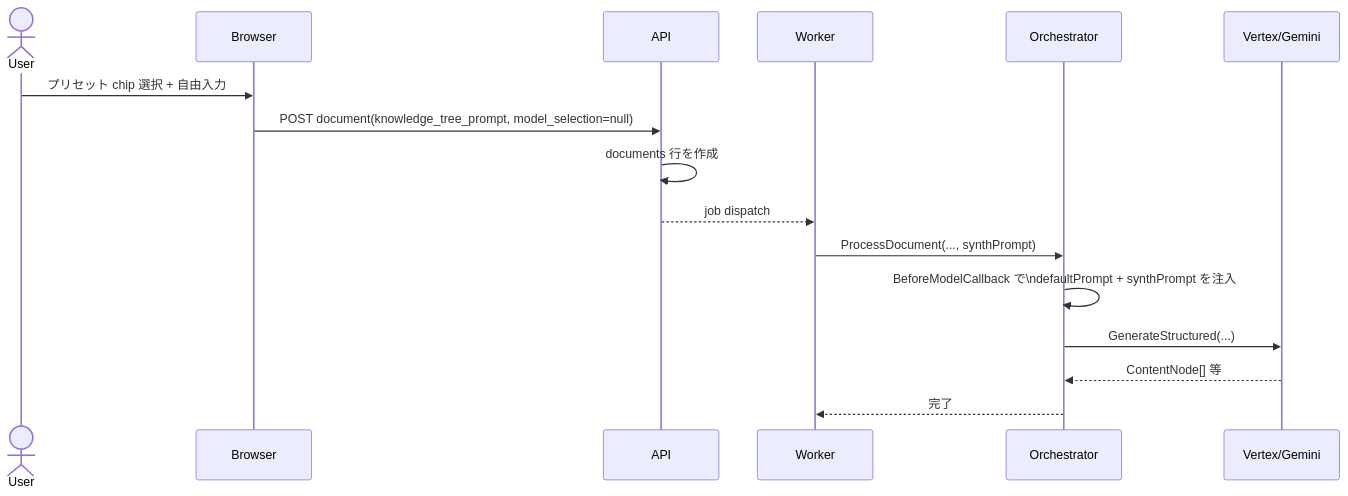
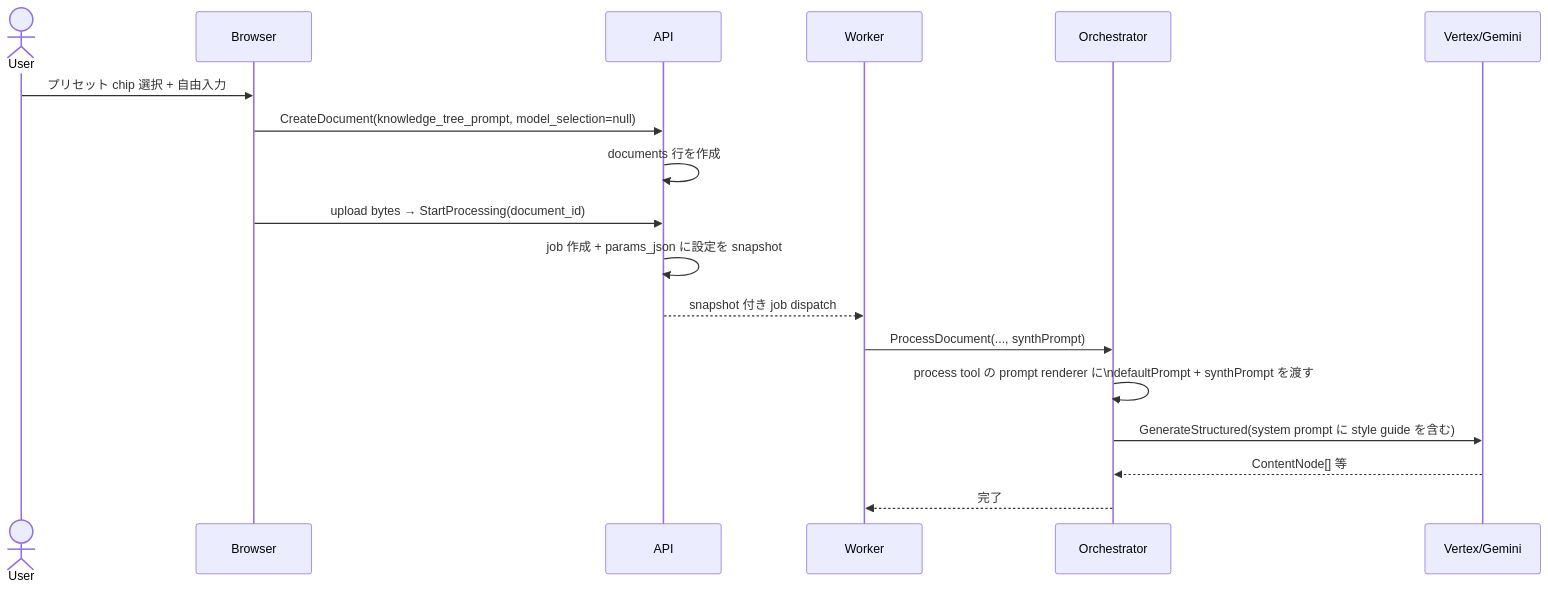
Before and after one commit to Keyhole-Koro/Synthify: the third of 6 diagrams in docs/architecture/model-and-style-selection-design.md, drawn with Mermaid. The commit also changed other lines of this file and 5 other files, not shown here.

Commit message:
docs: define model selection and provider contracts

````diff
--- a/docs/architecture/model-and-style-selection-design.md
+++ b/docs/architecture/model-and-style-selection-design.md
@@ -121,19 +159,21 @@
 ```mermaid
 sequenceDiagram
     actor User
     participant Browser
     participant API
     participant Worker
     participant Orchestrator
     participant Gemini as Vertex/Gemini
 
     User->>Browser: プリセット chip 選択 + 自由入力
-    Browser->>API: POST document(knowledge_tree_prompt, model_selection=null)
+    Browser->>API: CreateDocument(knowledge_tree_prompt, model_selection=null)
     API->>API: documents 行を作成
-    API-->>Worker: job dispatch
+    Browser->>API: upload bytes → StartProcessing(document_id)
+    API->>API: job 作成 + params_json に設定を snapshot
+    API-->>Worker: snapshot 付き job dispatch
     Worker->>Orchestrator: ProcessDocument(..., synthPrompt)
-    Orchestrator->>Orchestrator: BeforeModelCallback で\ndefaultPrompt + synthPrompt を注入
-    Orchestrator->>Gemini: GenerateStructured(...)
+    Orchestrator->>Orchestrator: process tool の prompt renderer に\ndefaultPrompt + synthPrompt を渡す
+    Orchestrator->>Gemini: GenerateStructured(system prompt に style guide を含む)
     Gemini-->>Orchestrator: ContentNode[] 等
     Orchestrator-->>Worker: 完了
 ```
````
